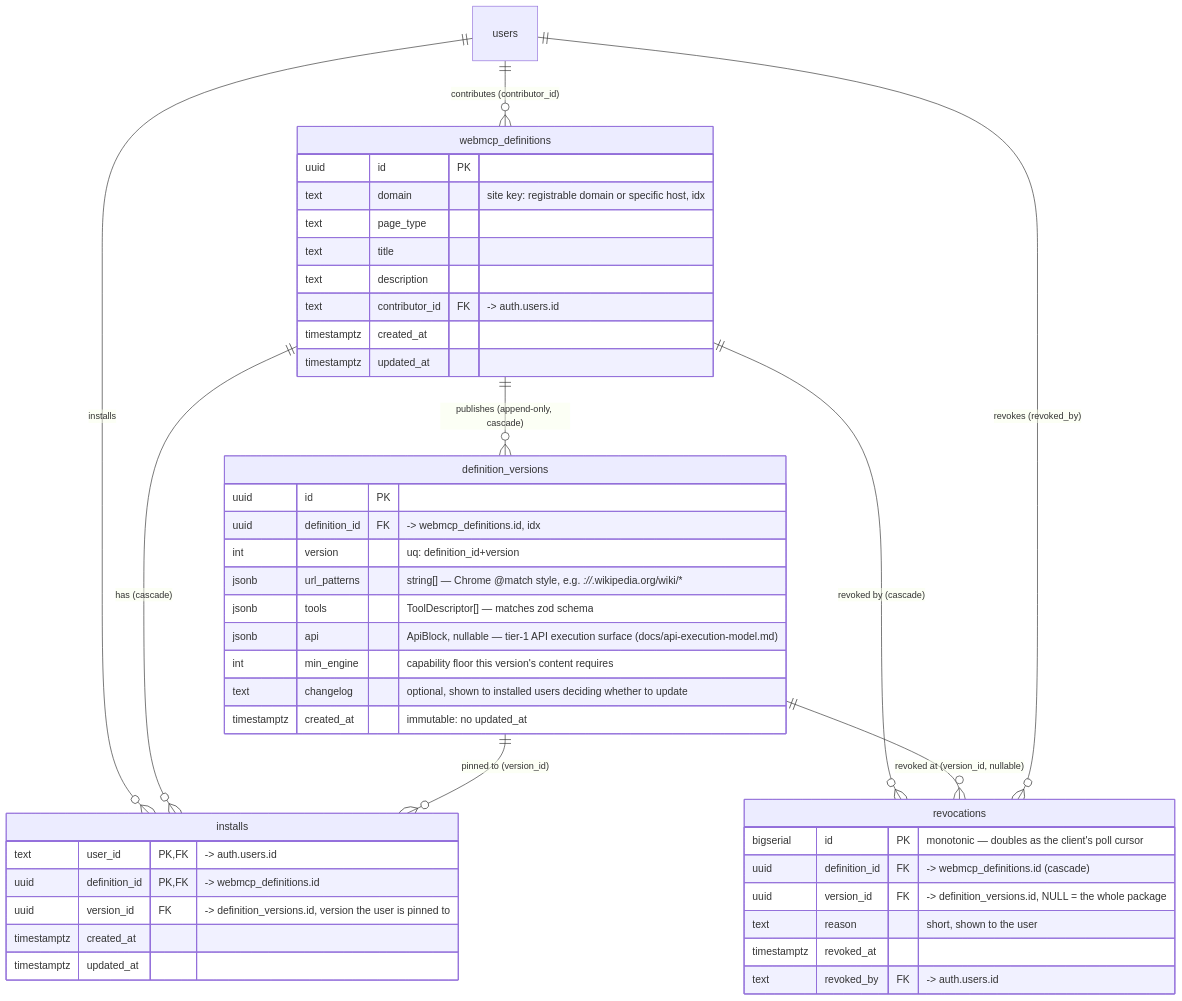
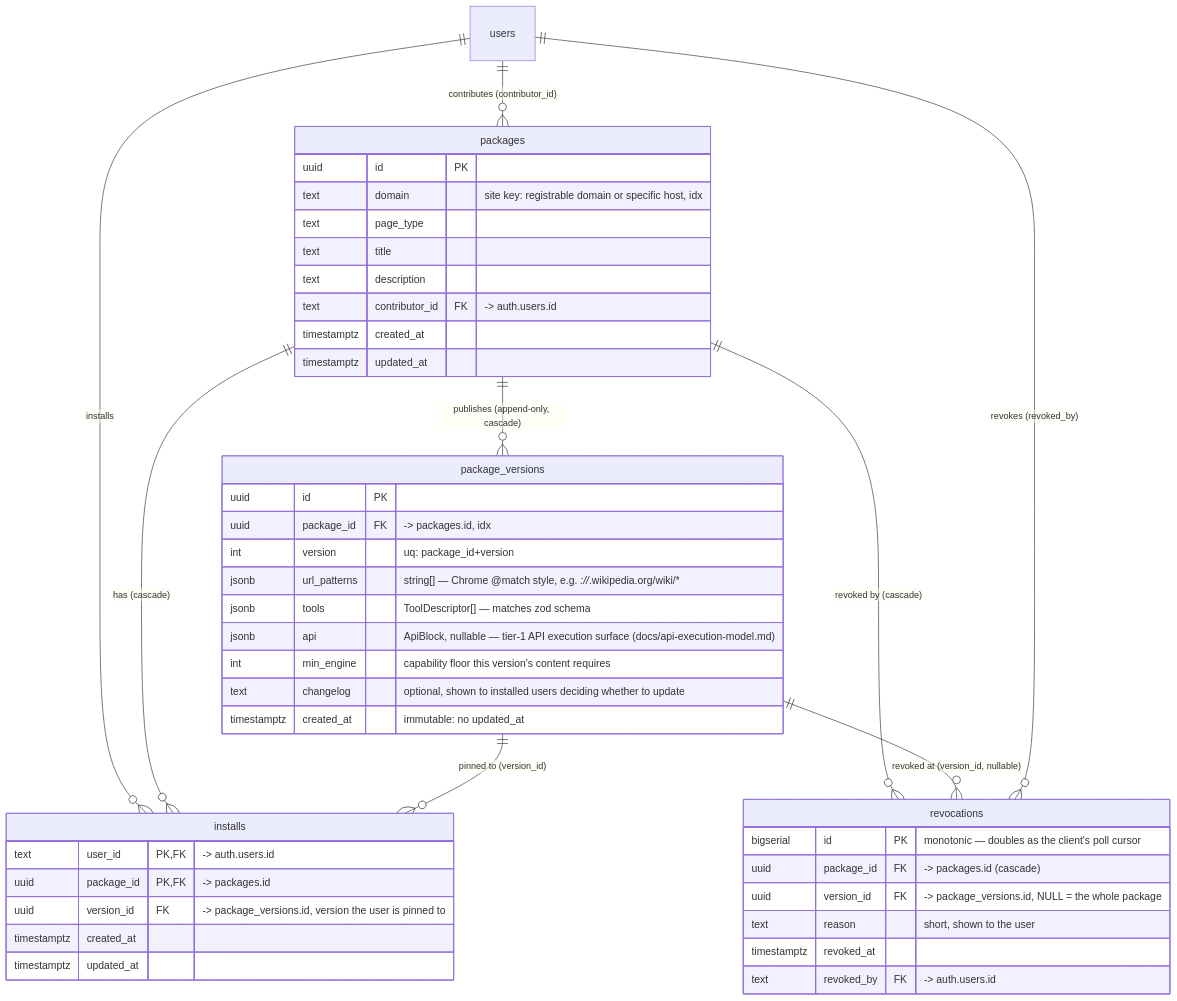
The first of 2 diagrams in docs/erd.md (robertn702/webmcp-today), drawn with Mermaid before and after one commit. The commit also changed other lines of this file and 15 other files, not shown here.

````diff
--- a/docs/erd.md
+++ b/docs/erd.md
@@ -14,51 +14,51 @@
 ```mermaid
 erDiagram
-    users ||--o{ webmcp_definitions : "contributes (contributor_id)"
+    users ||--o{ packages : "contributes (contributor_id)"
     users ||--o{ installs : installs
-    webmcp_definitions ||--o{ definition_versions : "publishes (append-only, cascade)"
-    webmcp_definitions ||--o{ installs : "has (cascade)"
-    definition_versions ||--o{ installs : "pinned to (version_id)"
-    webmcp_definitions ||--o{ revocations : "revoked by (cascade)"
-    definition_versions ||--o{ revocations : "revoked at (version_id, nullable)"
+    packages ||--o{ package_versions : "publishes (append-only, cascade)"
+    packages ||--o{ installs : "has (cascade)"
+    package_versions ||--o{ installs : "pinned to (version_id)"
+    packages ||--o{ revocations : "revoked by (cascade)"
+    package_versions ||--o{ revocations : "revoked at (version_id, nullable)"
     users ||--o{ revocations : "revokes (revoked_by)"
 
-    webmcp_definitions {
+    packages {
         uuid id PK
         text domain "site key: registrable domain or specific host, idx"
         text page_type
         text title
         text description
         text contributor_id FK "-> auth.users.id"
         timestamptz created_at
         timestamptz updated_at
     }
 
-    definition_versions {
+    package_versions {
         uuid id PK
-        uuid definition_id FK "-> webmcp_definitions.id, idx"
-        int version "uq: definition_id+version"
+        uuid package_id FK "-> packages.id, idx"
+        int version "uq: package_id+version"
         jsonb url_patterns "string[] — Chrome @match style, e.g. *://*.wikipedia.org/wiki/*"
         jsonb tools "ToolDescriptor[] — matches zod schema"
         jsonb api "ApiBlock, nullable — tier-1 API execution surface (docs/api-execution-model.md)"
         int min_engine "capability floor this version's content requires"
         text changelog "optional, shown to installed users deciding whether to update"
         timestamptz created_at "immutable: no updated_at"
     }
 
     installs {
         text user_id PK,FK "-> auth.users.id"
-        uuid definition_id PK,FK "-> webmcp_definitions.id"
-        uuid version_id FK "-> definition_versions.id, version the user is pinned to"
+        uuid package_id PK,FK "-> packages.id"
+        uuid version_id FK "-> package_versions.id, version the user is pinned to"
         timestamptz created_at
         timestamptz updated_at
     }
 
     revocations {
         bigserial id PK "monotonic — doubles as the client's poll cursor"
-        uuid definition_id FK "-> webmcp_definitions.id (cascade)"
-        uuid version_id FK "-> definition_versions.id, NULL = the whole package"
+        uuid package_id FK "-> packages.id (cascade)"
+        uuid version_id FK "-> package_versions.id, NULL = the whole package"
         text reason "short, shown to the user"
         timestamptz revoked_at
         text revoked_by FK "-> auth.users.id"
     }
 ```
````
